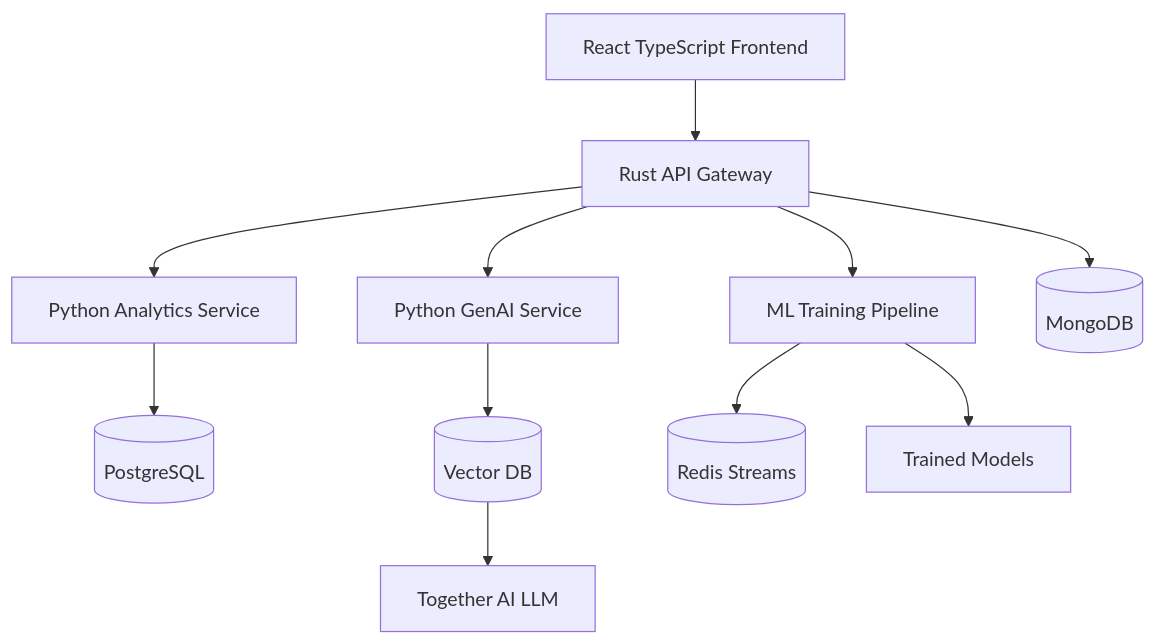
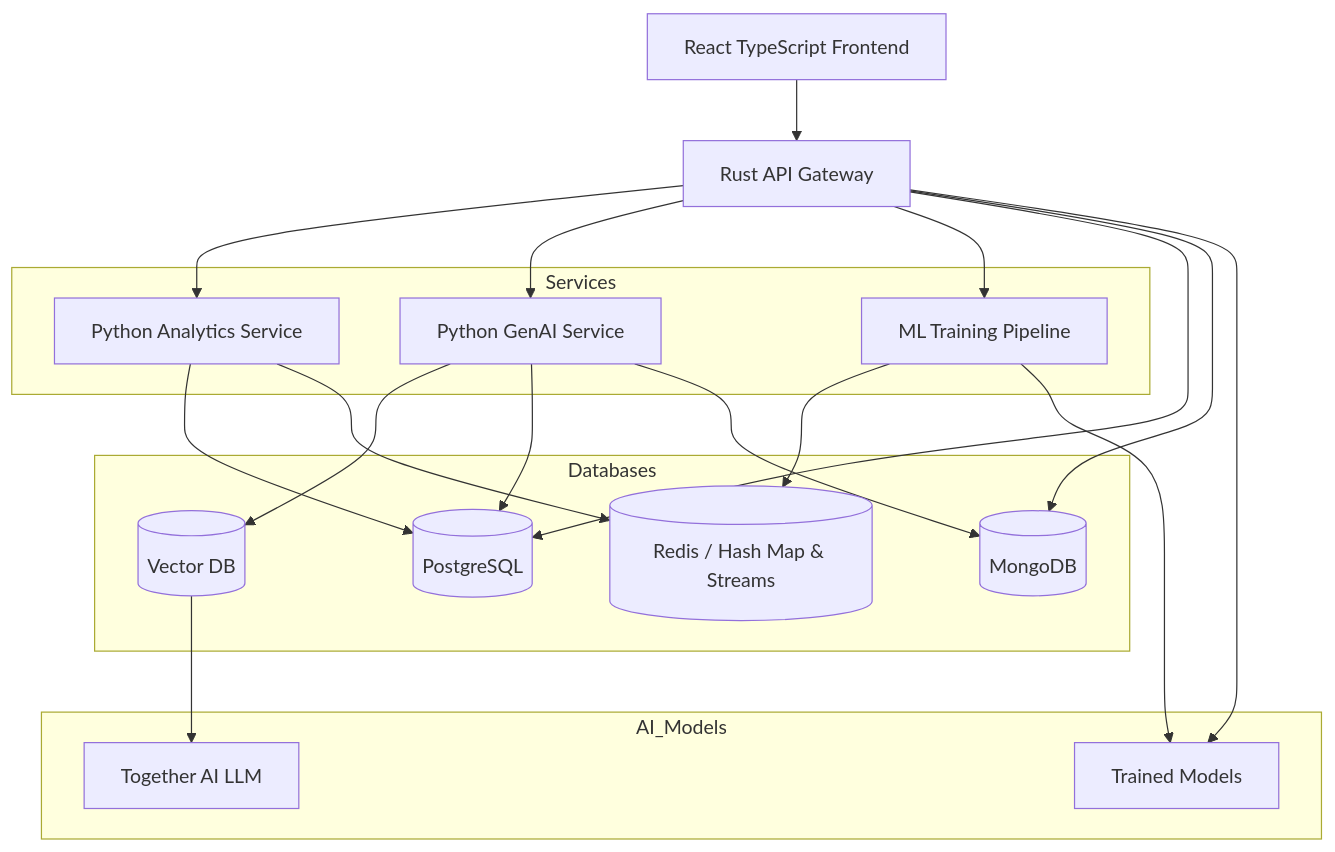
Before and after one commit to ashutoshnegi120/Smart_Inventory_Management_With_AI_ML_integration: the diagram in Readme.md, drawn with Mermaid.

````diff
--- a/Readme.md
+++ b/Readme.md
@@ -23,15 +23,52 @@
 ```mermaid
 graph TB
-    Frontend[React TypeScript Frontend] --> Gateway[Rust API Gateway]
-    Gateway --> Analytics[Python Analytics Service]
-    Gateway --> GenAI[Python GenAI Service]
-    Gateway --> ML[ML Training Pipeline]
-    
-    Analytics --> PostgreSQL[(PostgreSQL)]
-    GenAI --> Vector[(Vector DB)]
-    ML --> Redis[(Redis Streams)]
-    Gateway --> MongoDB[(MongoDB)]
-    
-    ML --> Models[Trained Models]
-    Vector --> LLM[Together AI LLM]
+    %% FRONTEND
+    Frontend[React TypeScript Frontend]
+
+    %% GATEWAY
+    Gateway[Rust API Gateway]
+
+    %% SERVICES
+    subgraph Services
+        Analytics[Python Analytics Service]
+        GenAI[Python GenAI Service]
+        ML[ML Training Pipeline]
+    end
+
+    %% DATABASES
+    subgraph Databases
+        PostgreSQL[(PostgreSQL)]
+        MongoDB[(MongoDB)]
+        Redis[(Redis / Hash Map & Streams)]
+        Vector[(Vector DB)]
+    end
+
+    %% MODELS
+    subgraph AI_Models
+        Models[Trained Models]
+        LLM[Together AI LLM]
+    end
+
+    %% CONNECTIONS
+    Frontend --> Gateway
+
+    Gateway --> Analytics
+    Gateway --> GenAI
+    Gateway --> ML
+    Gateway --> PostgreSQL
+    Gateway --> MongoDB
+    Gateway --> Models
+
+    Analytics --> PostgreSQL
+    Analytics --> Redis
+
+    GenAI --> Vector
+    GenAI --> PostgreSQL
+    GenAI --> MongoDB
+
+    ML --> Redis
+    ML --> Models
+
+    Vector --> LLM
+
 ```
````
